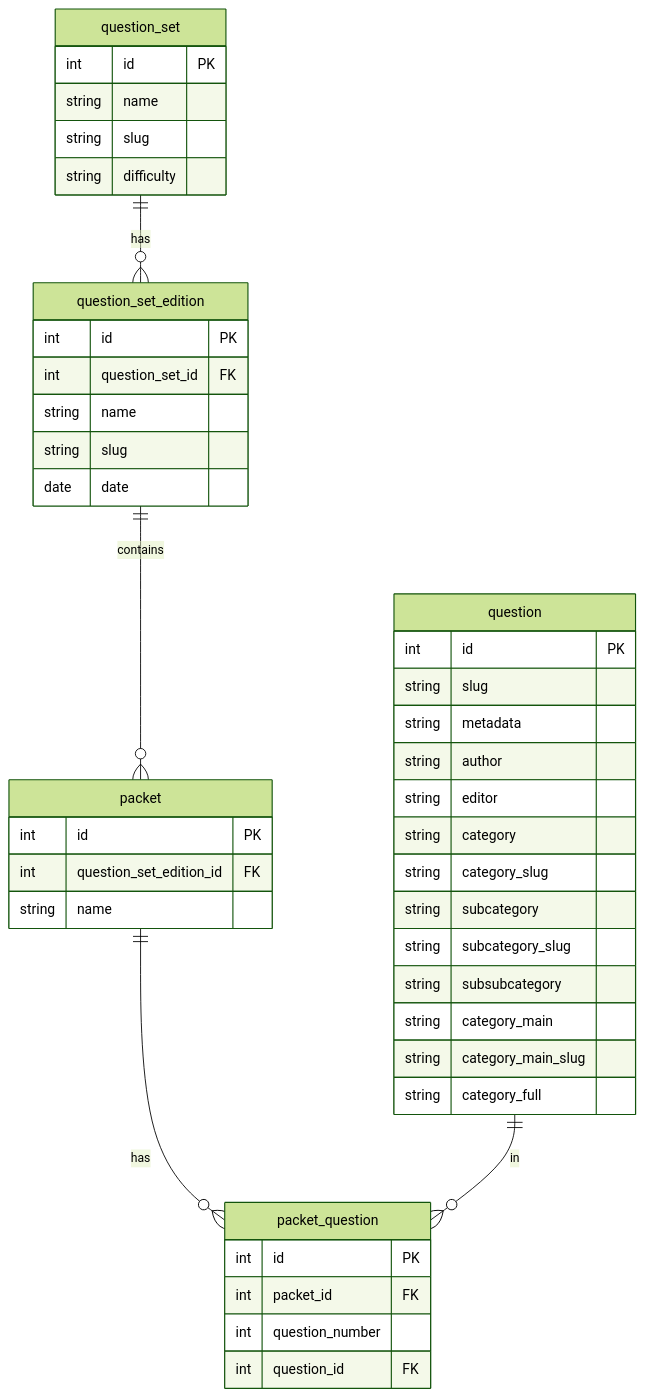
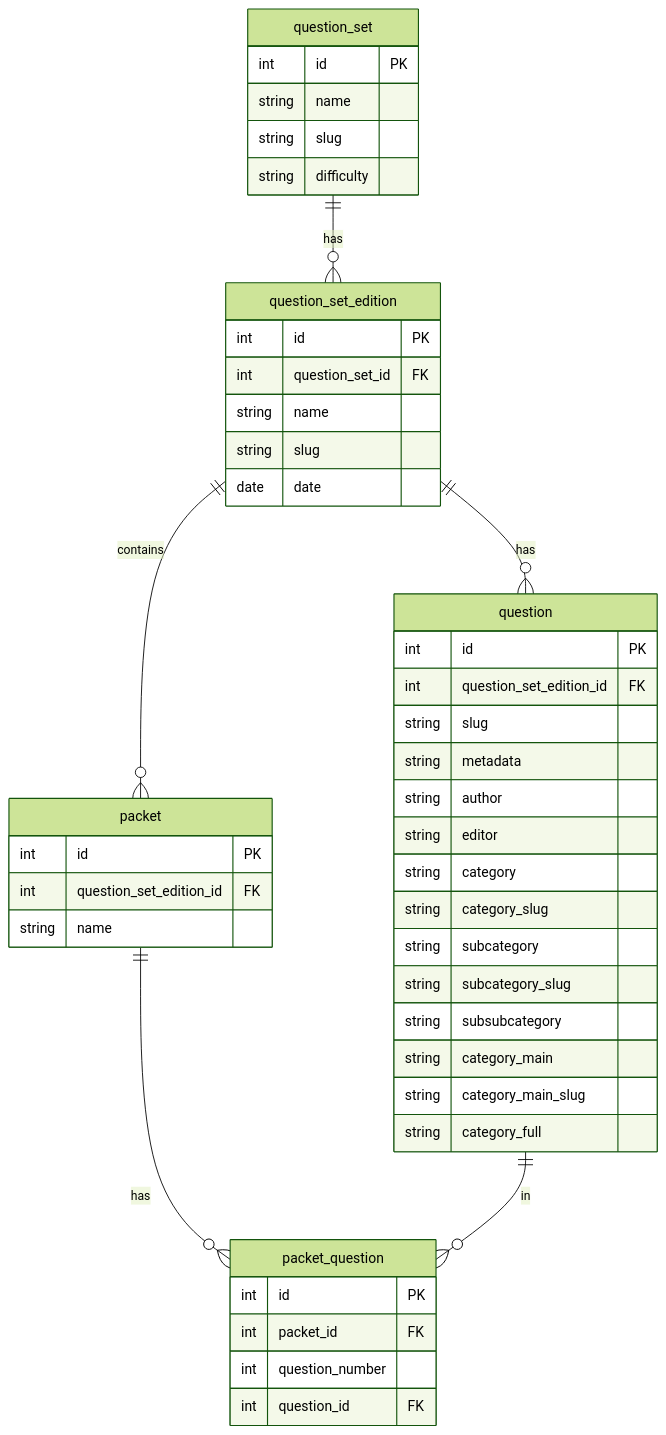
The first of 5 diagrams in docs/structure.md (maharshi95/acf-data), drawn with Mermaid (forest theme) before and after one commit. The commit also changed other lines of this file, not shown here.

````diff
--- a/docs/structure.md
+++ b/docs/structure.md
@@ -39,47 +39,49 @@
 ```mermaid
 erDiagram
     question_set ||--o{ question_set_edition : has
     question_set_edition ||--o{ packet : contains
+    question_set_edition ||--o{ question : has
     packet ||--o{ packet_question : has
     question ||--o{ packet_question : in
 
     question_set {
         int id PK
         string name
         string slug
         string difficulty
     }
     question_set_edition {
         int id PK
         int question_set_id FK
         string name
         string slug
         date date
     }
     packet {
         int id PK
         int question_set_edition_id FK
         string name
     }
     packet_question {
         int id PK
         int packet_id FK
         int question_number
         int question_id FK
     }
     question {
         int id PK
+        int question_set_edition_id FK
         string slug
         string metadata
         string author
         string editor
         string category
         string category_slug
         string subcategory
         string subcategory_slug
         string subsubcategory
         string category_main
         string category_main_slug
         string category_full
     }
 ```
````
